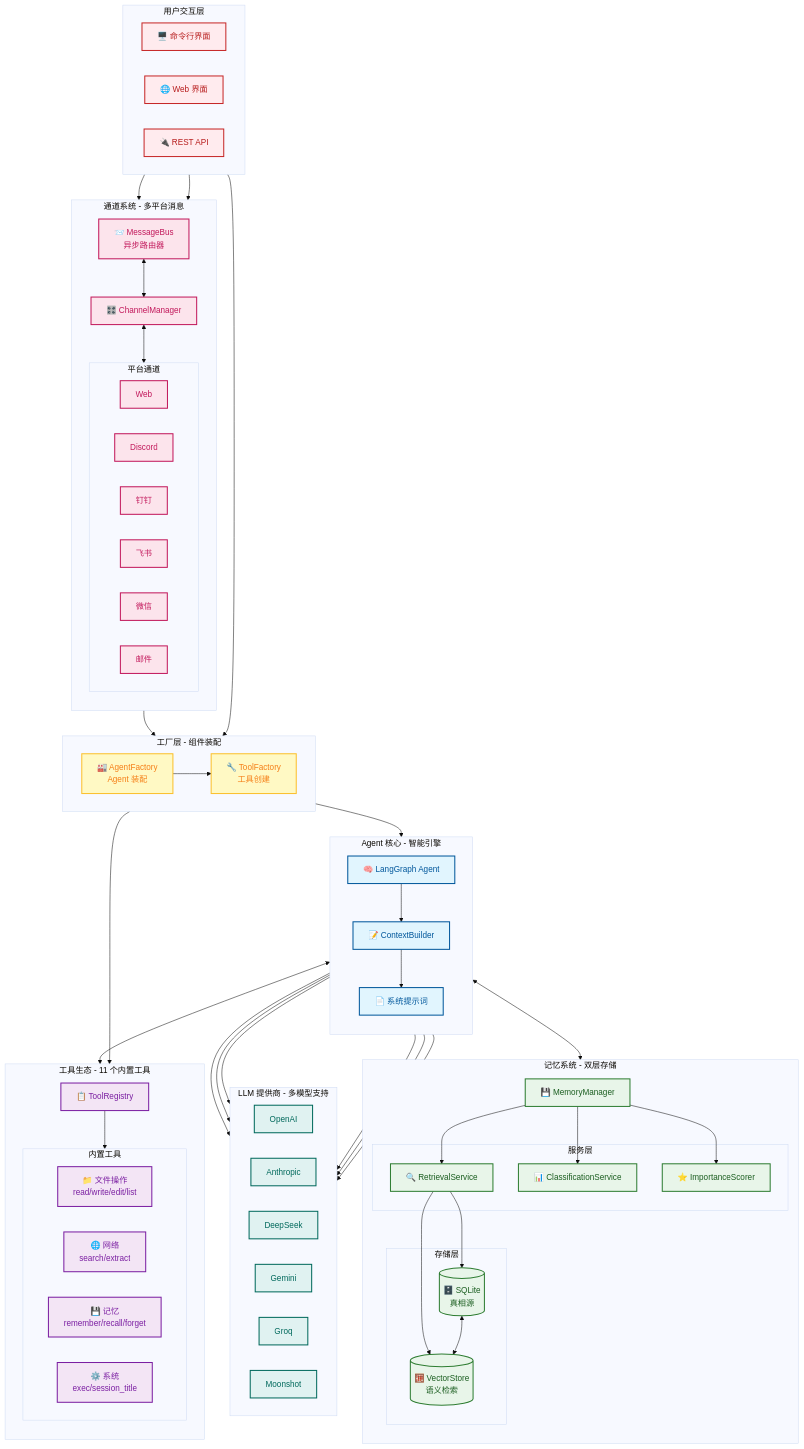
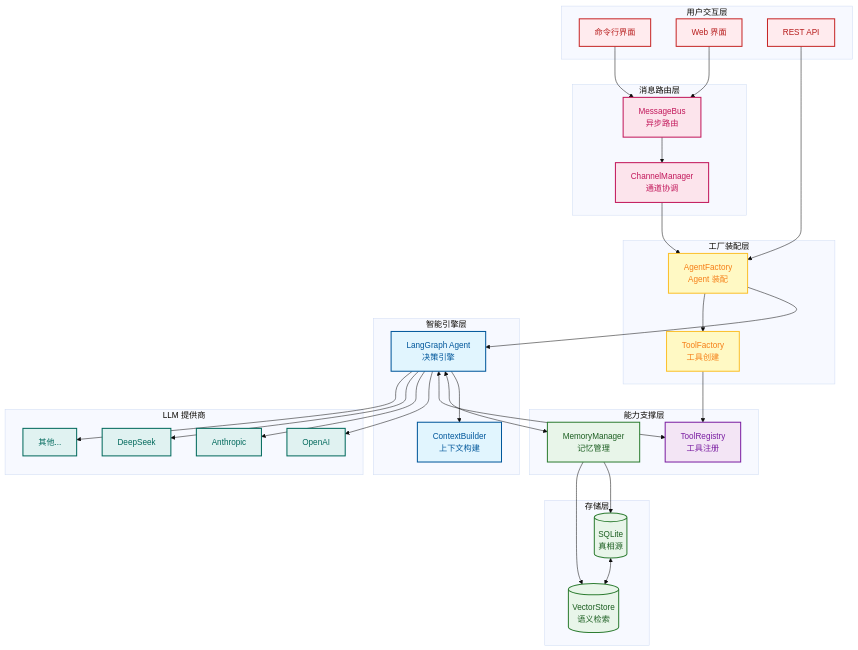
One commit to xt765/FinchBot changed the second of 8 diagrams in README_CN.md. Above: the diagram before and after it, drawn with Mermaid (base theme). The commit also changed other lines of this file and 18 other files, not shown here.

First line of the commit message:
docs: 简化架构图并删除所有mermaid图中的表情包

````diff
--- a/README_CN.md
+++ b/README_CN.md
@@ -143,125 +136,71 @@
 ```mermaid
-graph TD
-    %% 样式定义
+graph TB
     classDef userLayer fill:#ffebee,stroke:#c62828,stroke-width:2px,color:#b71c1c;
+    classDef channelLayer fill:#fce4ec,stroke:#c2185b,stroke-width:2px,color:#c2185b;
     classDef factoryLayer fill:#fff9c4,stroke:#fbc02d,stroke-width:2px,color:#f57f17;
     classDef coreLayer fill:#e1f5fe,stroke:#01579b,stroke-width:2px,color:#01579b;
     classDef memoryLayer fill:#e8f5e9,stroke:#2e7d32,stroke-width:2px,color:#1b5e20;
     classDef toolLayer fill:#f3e5f5,stroke:#7b1fa2,stroke-width:2px,color:#7b1fa2;
-    classDef channelLayer fill:#fce4ec,stroke:#c2185b,stroke-width:2px,color:#c2185b;
     classDef infraLayer fill:#e0f2f1,stroke:#00695c,stroke-width:2px,color:#00695c;
 
-    %% 用户交互层
-    subgraph UserLayer [用户交互层]
-        direction LR
-        CLI[🖥️ 命令行界面]
-        WebUI[🌐 Web 界面]
-        API[🔌 REST API]
+    subgraph Layer1 [用户交互层]
+        CLI[命令行界面]:::userLayer
+        WebUI[Web 界面]:::userLayer
+        API[REST API]:::userLayer
     end
-    class CLI,WebUI,API userLayer
 
-    %% 通道系统
-    subgraph ChannelSystem [通道系统 - 多平台消息]
-        direction TB
-        Bus[📨 MessageBus<br/>异步路由器]
-        CM[🎛️ ChannelManager]
-        
-        Bus <--> CM
-        
-        subgraph Channels [平台通道]
-            WebCh[Web]
-            DiscordCh[Discord]
-            DingTalkCh[钉钉]
-            FeishuCh[飞书]
-            WeChatCh[微信]
-            EmailCh[邮件]
-        end
-        
-        CM <--> Channels
+    subgraph Layer2 [消息路由层]
+        Bus[MessageBus<br/>异步路由]:::channelLayer
+        CM[ChannelManager<br/>通道协调]:::channelLayer
     end
-    class Bus,CM channelLayer
-    class WebCh,DiscordCh,DingTalkCh,FeishuCh,WeChatCh,EmailCh channelLayer
 
-    %% 工厂层
-    subgraph FactoryLayer [工厂层 - 组件装配]
-        direction LR
-        AF[🏭 AgentFactory<br/>Agent 装配]
-        TF[🔧 ToolFactory<br/>工具创建]
+    subgraph Layer3 [工厂装配层]
+        AF[AgentFactory<br/>Agent 装配]:::factoryLayer
+        TF[ToolFactory<br/>工具创建]:::factoryLayer
     end
-    class AF,TF factoryLayer
 
-    %% Agent 核心
-    subgraph AgentCore [Agent 核心 - 智能引擎]
-        direction TB
-        Agent[🧠 LangGraph Agent]
-        CB[📝 ContextBuilder]
-        SP[📄 系统提示词]
-        
-        Agent --> CB
-        CB --> SP
+    subgraph Layer4 [智能引擎层]
+        Agent[LangGraph Agent<br/>决策引擎]:::coreLayer
+        CB[ContextBuilder<br/>上下文构建]:::coreLayer
     end
-    class Agent,CB,SP coreLayer
 
-    %% 记忆系统
-    subgraph MemorySystem [记忆系统 - 双层存储]
-        direction TB
-        MM[💾 MemoryManager]
-        
-        subgraph Services [服务层]
-            RS[🔍 RetrievalService]
-            CS[📊 ClassificationService]
-            IS[⭐ ImportanceScorer]
-        end
-        
-        subgraph Storage [存储层]
-            SQLite[(🗄️ SQLite<br/>真相源)]
-            Vector[(🧮 VectorStore<br/>语义检索)]
-        end
-        
-        MM --> RS & CS & IS
-        RS --> SQLite & Vector
-        SQLite <--> Vector
+    subgraph Layer5 [能力支撑层]
+        MM[MemoryManager<br/>记忆管理]:::memoryLayer
+        TR[ToolRegistry<br/>工具注册]:::toolLayer
     end
-    class MM,RS,CS,IS,SQLite,Vector memoryLayer
 
-    %% 工具生态
-    subgraph ToolEcosystem [工具生态 - 11 个内置工具]
-        direction TB
-        TR[📋 ToolRegistry]
-        
-        subgraph BuiltInTools [内置工具]
-            FileTools[📁 文件操作<br/>read/write/edit/list]
-            WebTools[🌐 网络<br/>search/extract]
-            MemTools[💾 记忆<br/>remember/recall/forget]
-            SysTools[⚙️ 系统<br/>exec/session_title]
-        end
-        
-        TR --> BuiltInTools
+    subgraph Layer6 [存储层]
+        SQLite[(SQLite<br/>真相源)]:::memoryLayer
+        Vector[(VectorStore<br/>语义检索)]:::memoryLayer
     end
-    class TR,FileTools,WebTools,MemTools,SysTools toolLayer
 
-    %% LLM 提供商
-    subgraph LLMProviders [LLM 提供商 - 多模型支持]
-        direction LR
-        OpenAI[OpenAI]
-        Anthropic[Anthropic]
-        DeepSeek[DeepSeek]
-        Gemini[Gemini]
-        Groq[Groq]
-        Moonshot[Moonshot]
+    subgraph Layer7 [LLM 提供商]
+        OpenAI[OpenAI]:::infraLayer
+        Anthropic[Anthropic]:::infraLayer
+        DeepSeek[DeepSeek]:::infraLayer
+        Others[其他...]:::infraLayer
     end
-    class OpenAI,Anthropic,DeepSeek,Gemini,Groq,Moonshot infraLayer
 
-    %% 连接
-    CLI & WebUI --> Bus
+    CLI --> Bus
+    WebUI --> Bus
     API --> AF
     
-    Bus --> AF
+    Bus --> CM
+    CM --> AF
+    
     AF --> Agent
     AF --> TF
     TF --> TR
     
+    Agent --> CB
     Agent <--> MM
     Agent <--> TR
-    Agent --> OpenAI & Anthropic & DeepSeek & Gemini & Groq & Moonshot
+    Agent --> OpenAI
+    Agent --> Anthropic
+    Agent --> DeepSeek
+    Agent --> Others
+    
+    MM --> SQLite
+    MM --> Vector
+    SQLite <--> Vector
 ```
````
